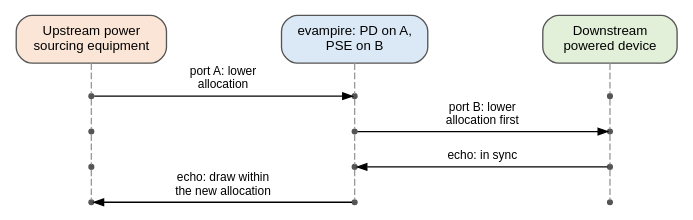
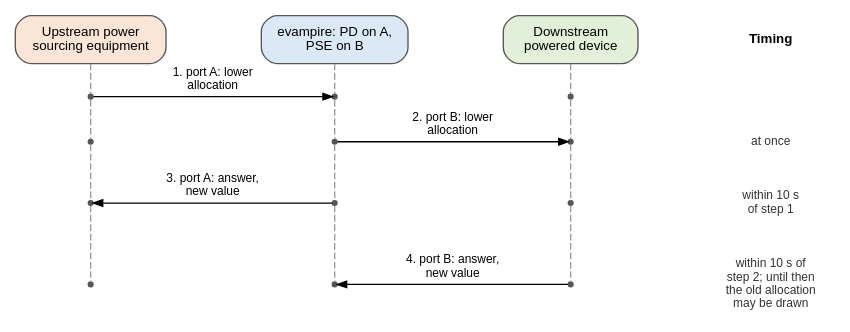
Before and after one commit to mithro/evampire: the diagram in docs/power/poe/lldp-roles.dot, drawn with Graphviz. The commit also changed 3 other files, not shown here.

First line of the commit message:
Answer upstream within 10 s and keep the old allocation until the PD answers

```diff
--- a/docs/power/poe/lldp-roles.dot
+++ b/docs/power/poe/lldp-roles.dot
@@ -1,42 +1,54 @@
 // evampire in both LLDP roles: a powered device on port A and power
 // sourcing equipment on port B. When the allocation on port A falls, the
-// software lowers the allocation on port B first. Time runs from top to
-// bottom; not to scale. From lldp.rst.
+// software lowers the allocation on port B at once, answers on port A
+// within 10 s, and lets port B's exchange follow its own 10 s limit. Time
+// runs from top to bottom; not to scale. From lldp.rst (IEEE 802.3
+// 145.5.2).
 //
 // SPDX-License-Identifier: Apache-2.0
 
 digraph lldp_roles {
-    graph [rankdir=TB, fontname="Helvetica", fontsize=11, nodesep=1.2,
+    graph [rankdir=TB, fontname="Helvetica", fontsize=11, nodesep=0.5,
            ranksep=0.3, newrank=true, splines=false];
     node  [shape=point, width=0.05, color="#555555", fontname="Helvetica",
            fontsize=10];
     edge  [fontname="Helvetica", fontsize=9, arrowsize=0.7];
 
     u [shape=box, style="rounded,filled", fillcolor="#fbe5d6",
        label="Upstream power\nsourcing equipment", width=1.4];
     e [shape=box, style="rounded,filled", fillcolor="#dbe8f5",
        label="evampire: PD on A,\nPSE on B", width=1.4];
     d [shape=box, style="rounded,filled", fillcolor="#e2f0d9",
        label="Downstream\npowered device", width=1.4];
+    nh [shape=plaintext, label="Timing", fontsize=10,
+        fontname="Helvetica-Bold"];
 
     u1; u2; u3; u4;
     e1; e2; e3; e4;
     d1; d2; d3; d4;
 
-    { rank=same; u; e; d; }
-    { rank=same; u1; e1; d1; }
-    { rank=same; u2; e2; d2; }
-    { rank=same; u3; e3; d3; }
-    { rank=same; u4; e4; d4; }
+    node [shape=plaintext, width=0, height=0, fontsize=9, fontcolor="#333333"];
+    n1 [label=""];
+    n2 [label="at once"];
+    n3 [label="within 10 s\nof step 1"];
+    n4 [label="within 10 s of\nstep 2; until then\nthe old allocation\nmay be drawn"];
+
+    { rank=same; u; e; d; nh; }
+    { rank=same; u1; e1; d1; n1; }
+    { rank=same; u2; e2; d2; n2; }
+    { rank=same; u3; e3; d3; n3; }
+    { rank=same; u4; e4; d4; n4; }
+    u -> e -> d -> nh [style=invis];
 
     edge [arrowhead=none, style=dashed, color="#999999", weight=100];
     u -> u1 -> u2 -> u3 -> u4;
     e -> e1 -> e2 -> e3 -> e4;
     d -> d1 -> d2 -> d3 -> d4;
+    nh -> n1 -> n2 -> n3 -> n4 [style=invis];
 
     edge [arrowhead=normal, style=solid, color="#000000", weight=0];
-    u1 -> e1 [label="port A: lower\nallocation"];
-    e2 -> d2 [label="port B: lower\nallocation first"];
-    d3 -> e3 [label="echo: in sync"];
-    e4 -> u4 [label="echo: draw within\nthe new allocation"];
+    u1 -> e1 [label="1. port A: lower\nallocation"];
+    e2 -> d2 [label="2. port B: lower\nallocation"];
+    e3 -> u3 [label="3. port A: answer,\nnew value"];
+    d4 -> e4 [label="4. port B: answer,\nnew value"];
 }
```
